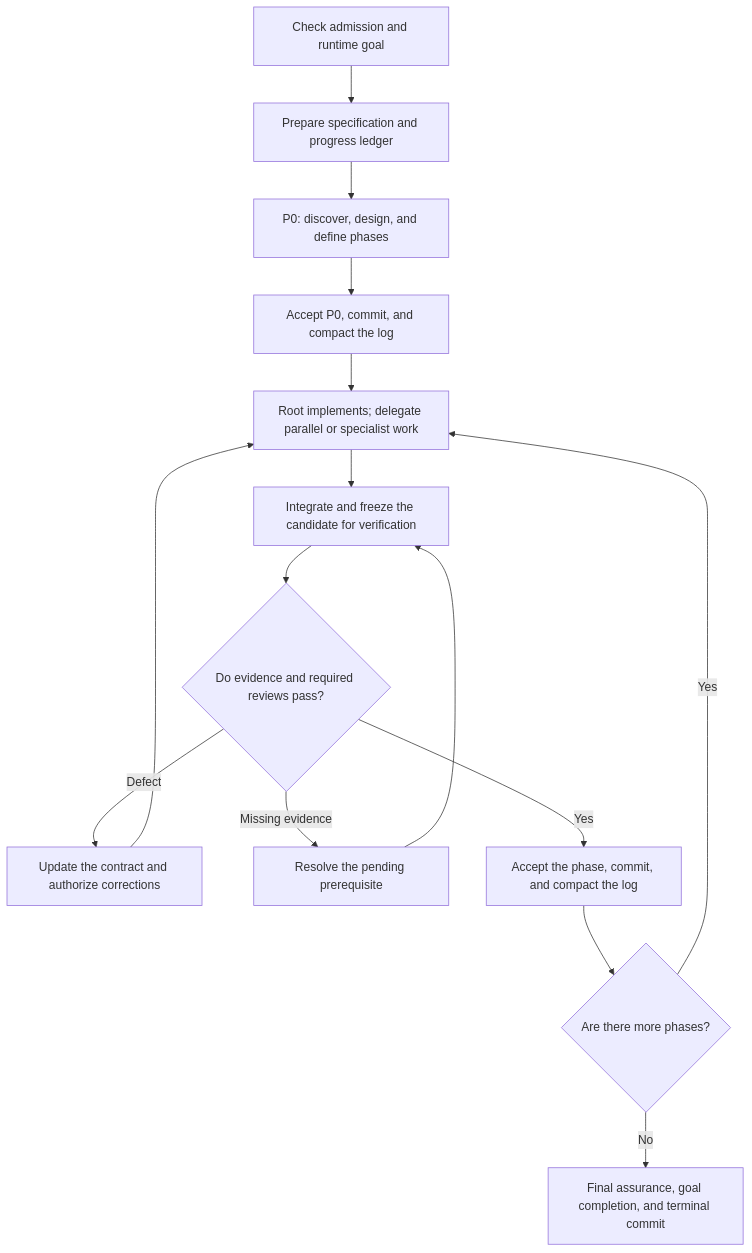
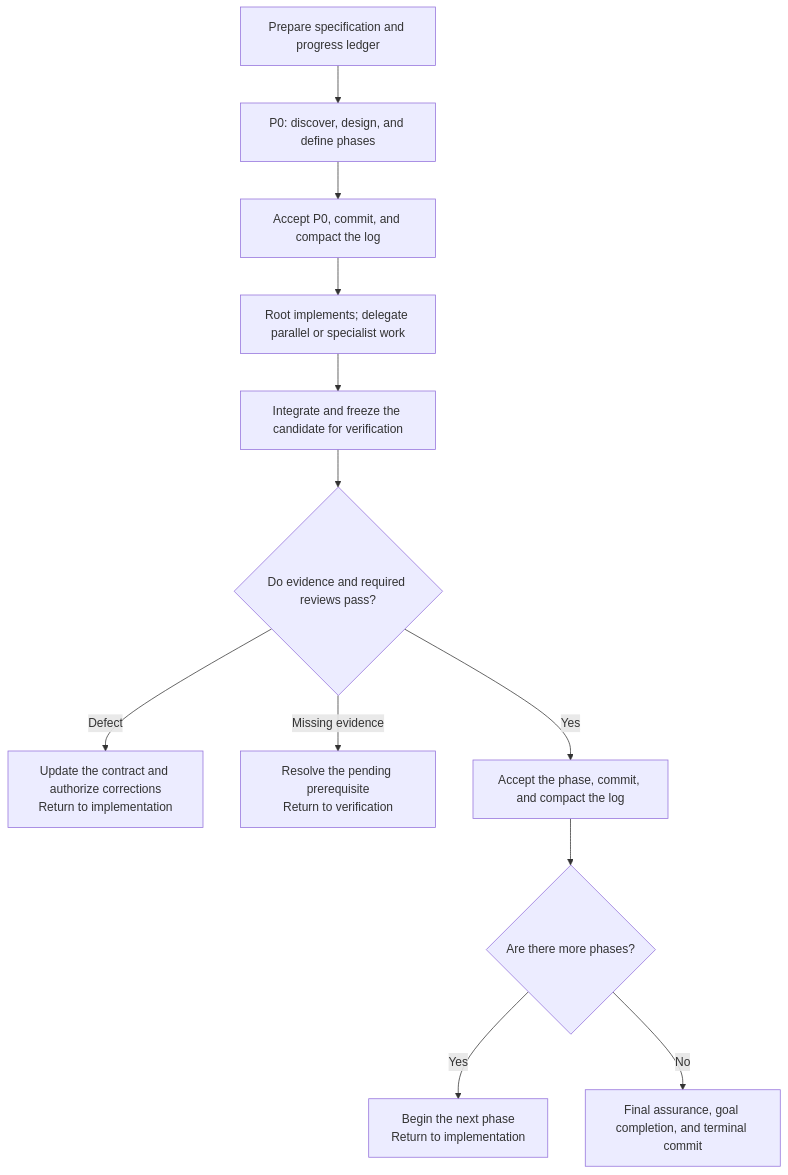
Before and after one commit to diogomsouza/astra-forge: the diagram in README.md, drawn with Mermaid. The commit also changed other lines of this file and 6 other files, not shown here.

````diff
--- a/README.md
+++ b/README.md
@@ -46,17 +49,14 @@
 ```mermaid
 flowchart TD
-    A[Check admission and runtime goal] --> B[Prepare specification and progress ledger]
-    B --> C[P0: discover, design, and define phases]
+    B[Prepare specification and progress ledger] --> C[P0: discover, design, and define phases]
     C --> D[Accept P0, commit, and compact the log]
     D --> E[Root implements; delegate parallel or specialist work]
     E --> F[Integrate and freeze the candidate for verification]
     F --> G{Do evidence and required reviews pass?}
-    G -->|Defect| H[Update the contract and authorize corrections]
-    H --> E
-    G -->|Missing evidence| I[Resolve the pending prerequisite]
-    I --> F
+    G -->|Defect| H["Update the contract and authorize corrections<br/>Return to implementation"]
+    G -->|Missing evidence| I["Resolve the pending prerequisite<br/>Return to verification"]
     G -->|Yes| J[Accept the phase, commit, and compact the log]
     J --> K{Are there more phases?}
-    K -->|Yes| E
+    K -->|Yes| M["Begin the next phase<br/>Return to implementation"]
     K -->|No| L[Final assurance, goal completion, and terminal commit]
 ```
````
